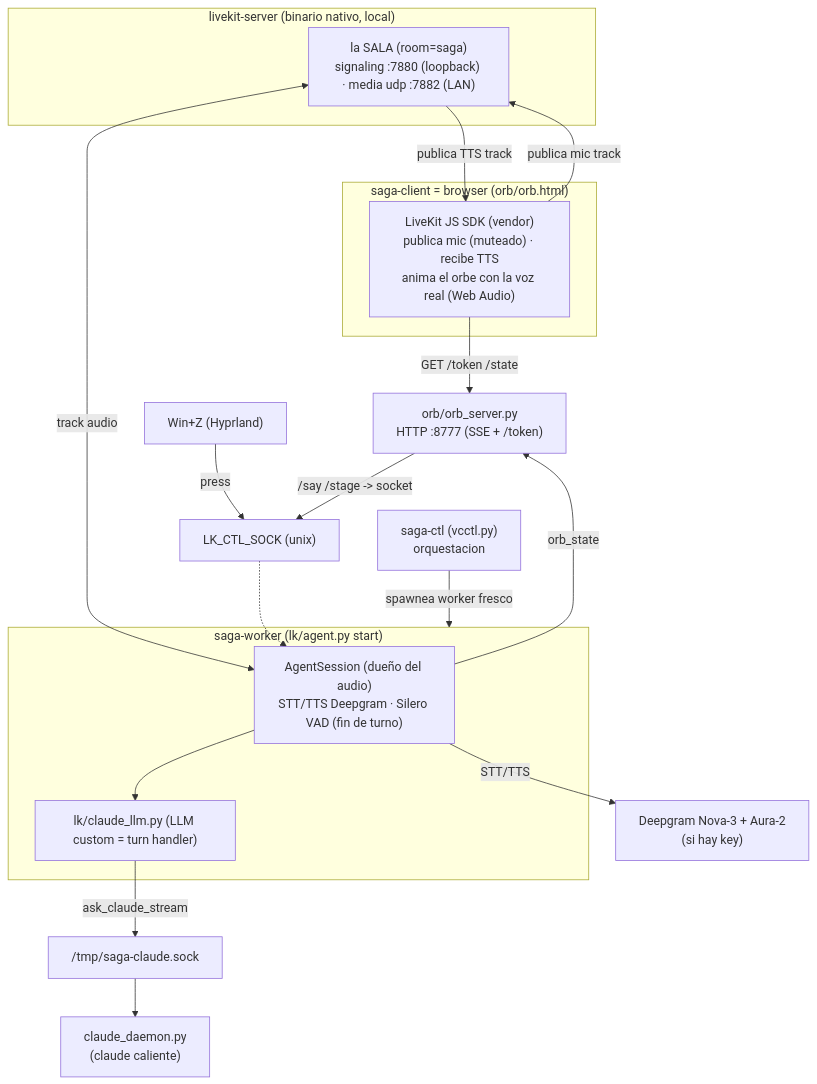
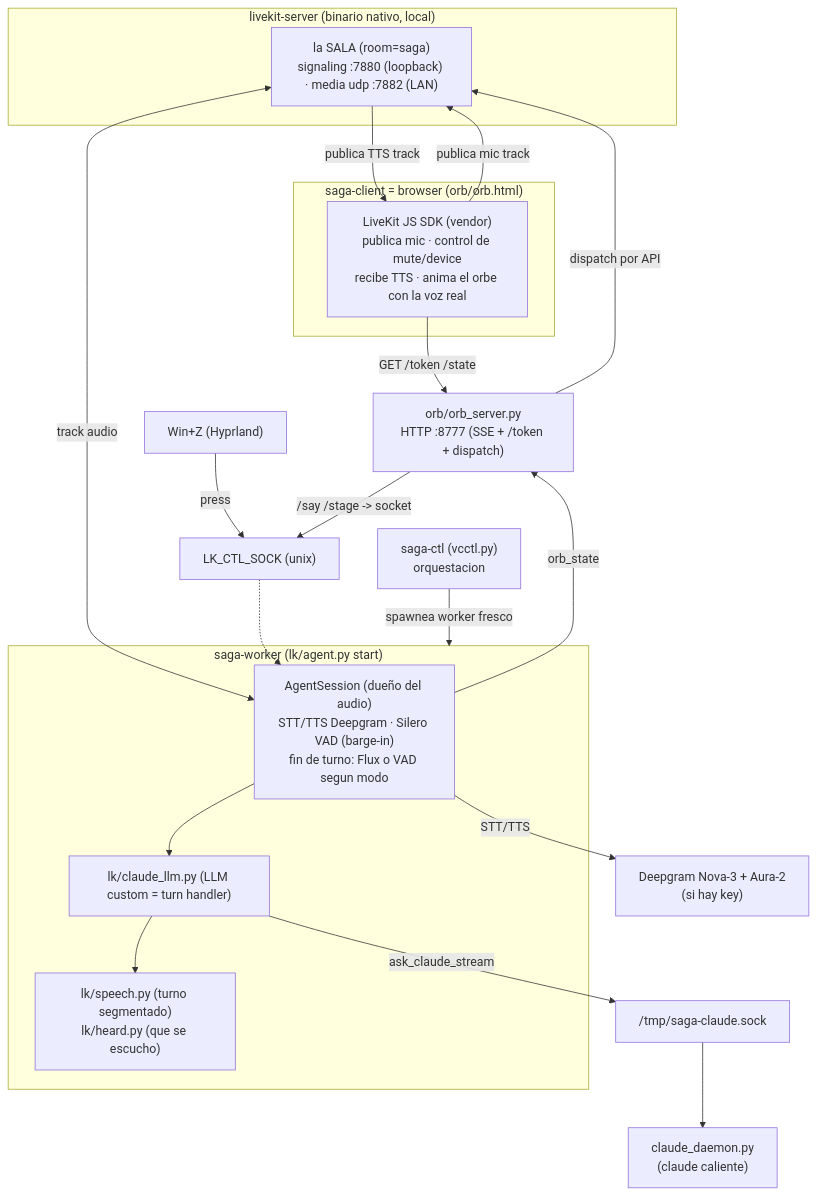
Before and after one commit to RenzoPS/saga: the diagram in docs/architecture.md, drawn with Mermaid. The commit also changed other lines of this file and 27 other files, not shown here.

First line of the commit message:
feat(llamada): modo llamada con turno segmentado, Flux y dispatch explícito

````diff
--- a/docs/architecture.md
+++ b/docs/architecture.md
@@ -17,37 +17,40 @@
 ```mermaid
 graph TD
     subgraph Server["livekit-server (binario nativo, local)"]
         Room["la SALA (room=saga)<br/>signaling :7880 (loopback) · media udp :7882 (LAN)"]
     end
 
     subgraph Client["saga-client = browser (orb/orb.html)"]
-        Orb["LiveKit JS SDK (vendor)<br/>publica mic (muteado) · recibe TTS<br/>anima el orbe con la voz real (Web Audio)"]
+        Orb["LiveKit JS SDK (vendor)<br/>publica mic · control de mute/device<br/>recibe TTS · anima el orbe con la voz real"]
     end
 
     subgraph Worker["saga-worker (lk/agent.py start)"]
-        Agent["AgentSession (dueño del audio)<br/>STT/TTS Deepgram · Silero VAD (fin de turno)"]
+        Agent["AgentSession (dueño del audio)<br/>STT/TTS Deepgram · Silero VAD (barge-in)<br/>fin de turno: Flux o VAD segun modo"]
         LLM["lk/claude_llm.py (LLM custom = turn handler)"]
+        Speech["lk/speech.py (turno segmentado)<br/>lk/heard.py (que se escucho)"]
     end
 
-    OServer["orb/orb_server.py<br/>HTTP :8777 (SSE + /token)"]
+    OServer["orb/orb_server.py<br/>HTTP :8777 (SSE + /token + dispatch)"]
     Ctl["saga-ctl (vcctl.py)<br/>orquestacion"]
     WinZ["Win+Z (Hyprland)"]
     CtlSock["LK_CTL_SOCK (unix)"]
     CDaemon["claude_daemon.py<br/>(claude caliente)"]
     CSock["/tmp/saga-claude.sock"]
     DG["Deepgram Nova-3 + Aura-2<br/>(si hay key)"]
 
     Orb -->|publica mic track| Room
     Room -->|publica TTS track| Orb
     Room <-->|track audio| Agent
     Orb -->|GET /token /state| OServer
     Ctl -->|spawnea worker fresco| Worker
     WinZ -->|press| CtlSock
     OServer -->|/say /stage -> socket| CtlSock
+    OServer -->|dispatch por API| Room
     CtlSock -.-> Agent
     Agent --> LLM
+    LLM --> Speech
     LLM -->|ask_claude_stream| CSock
     CSock --> CDaemon
     Agent -->|STT/TTS| DG
     Agent -->|orb_state| OServer
 ```
````
